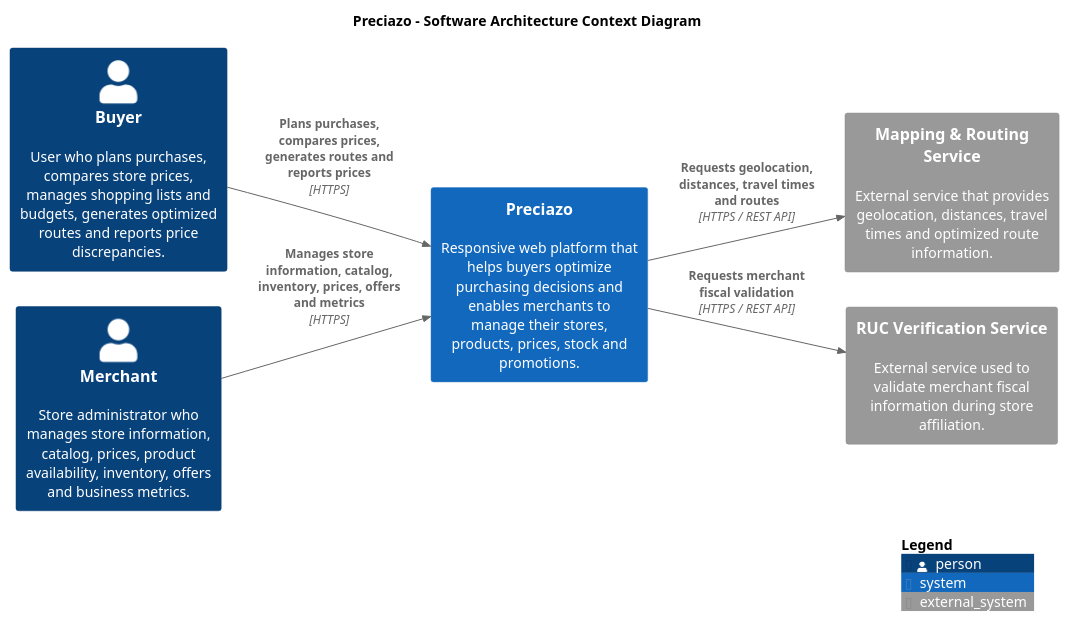
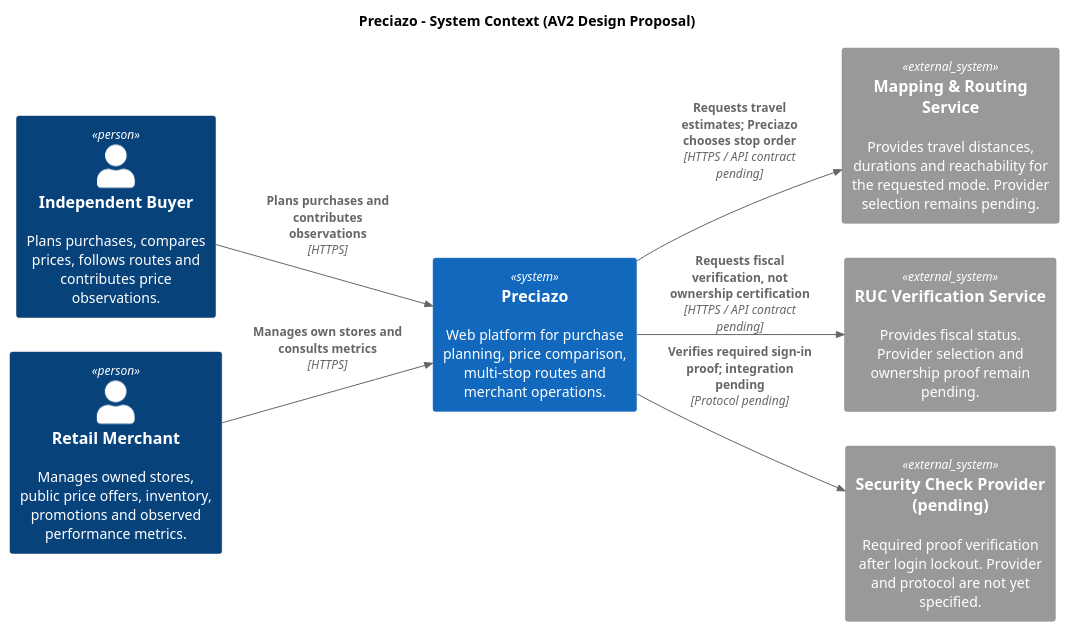
One commit to Open-Source-1ASI0729-2620-7750/preciazo-report changed the diagram in docs/architecture/c4-context.puml. Above: the diagram before and after it, drawn with PlantUML. The commit also changed 8 other files, not shown here.

Commit message:
docs(architecture): align C4 views with AV2 context designs

```diff
--- a/docs/architecture/c4-context.puml
+++ b/docs/architecture/c4-context.puml
@@ -1,29 +1,16 @@
 @startuml Preciazo_C4_Context
-
 !include <C4/C4_Context>
-
 LAYOUT_LEFT_RIGHT()
-
-title Preciazo - Software Architecture Context Diagram
-
-Person(buyer, "Buyer", "User who plans purchases, compares store prices, manages shopping lists and budgets, generates optimized routes and reports price discrepancies.")
-
-Person(merchant, "Merchant", "Store administrator who manages store information, catalog, prices, product availability, inventory, offers and business metrics.")
-
-System(preciazo, "Preciazo", "Responsive web platform that helps buyers optimize purchasing decisions and enables merchants to manage their stores, products, prices, stock and promotions.")
-
-System_Ext(routing, "Mapping & Routing Service", "External service that provides geolocation, distances, travel times and optimized route information.")
-
-System_Ext(ruc, "RUC Verification Service", "External service used to validate merchant fiscal information during store affiliation.")
-
-Rel(buyer, preciazo, "Plans purchases, compares prices, generates routes and reports prices", "HTTPS")
-
-Rel(merchant, preciazo, "Manages store information, catalog, inventory, prices, offers and metrics", "HTTPS")
-
-Rel(preciazo, routing, "Requests geolocation, distances, travel times and routes", "HTTPS / REST API")
-
-Rel(preciazo, ruc, "Requests merchant fiscal validation", "HTTPS / REST API")
-
-SHOW_LEGEND()
-
+title Preciazo - System Context (AV2 Design Proposal)
+Person(buyer, "Independent Buyer", "Plans purchases, compares prices, follows routes and contributes price observations.")
+Person(merchant, "Retail Merchant", "Manages owned stores, public price offers, inventory, promotions and observed performance metrics.")
+System(preciazo, "Preciazo", "Web platform for purchase planning, price comparison, multi-stop routes and merchant operations.")
+System_Ext(routing, "Mapping & Routing Service", "Provides travel distances, durations and reachability for the requested mode. Provider selection remains pending.")
+System_Ext(ruc, "RUC Verification Service", "Provides fiscal status. Provider selection and ownership proof remain pending.")
+System_Ext(securityCheck, "Security Check Provider (pending)", "Required proof verification after login lockout. Provider and protocol are not yet specified.")
+Rel(buyer, preciazo, "Plans purchases and contributes observations", "HTTPS")
+Rel(merchant, preciazo, "Manages own stores and consults metrics", "HTTPS")
+Rel(preciazo, routing, "Requests travel estimates; Preciazo chooses stop order", "HTTPS / API contract pending")
+Rel(preciazo, ruc, "Requests fiscal verification, not ownership certification", "HTTPS / API contract pending")
+Rel(preciazo, securityCheck, "Verifies required sign-in proof; integration pending", "Protocol pending")
 @enduml
```
